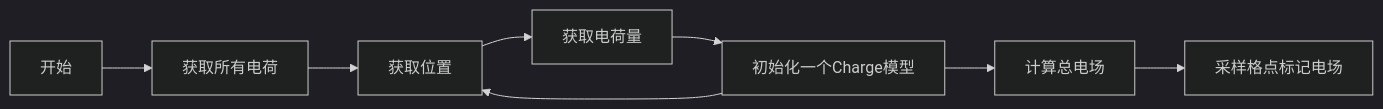
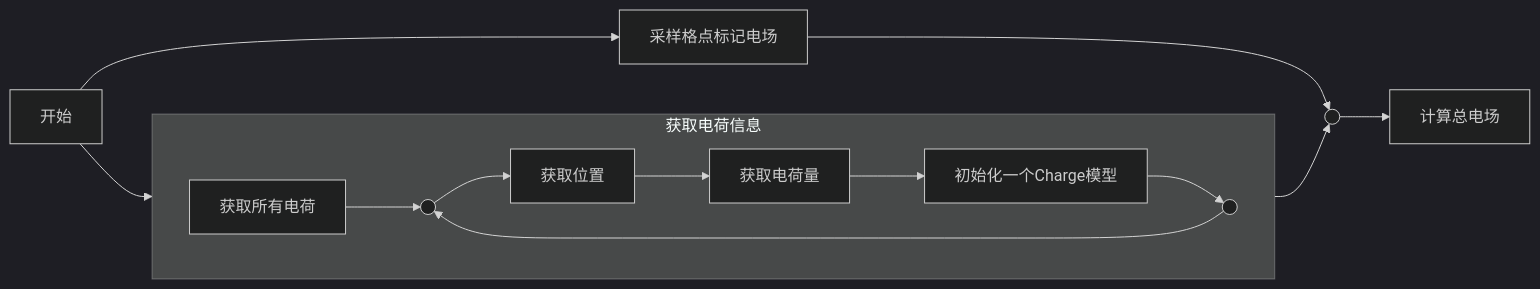
One commit to makabaka1880/Coulumb changed the diagram in slides.md. Above: the diagram before and after it, drawn with Mermaid (dark theme). The commit also changed other lines of this file and 1 other file, not shown here.

````diff
--- a/slides.md
+++ b/slides.md
@@ -247,14 +247,24 @@
 ```mermaid
 flowchart LR
 
   recur_start[获取所有电荷]
   recur_1[获取位置]
   recur_2[获取电荷量]
   recur_3[初始化一个Charge模型]
-  recur_3 --> recur_1
-  start --> recur_start --> recur_1 --> recur_2 --> recur_3
   start[开始]
   cal[计算总电场]
   mark[采样格点标记电场]
-  recur_3 --> cal --> mark
+  node_recur_start(( ))
+  node_recur_end(( ))
+  node_recur_cal(( ))
+  start --> get_charges
+  start --> mark
+  subgraph get_charges[获取电荷信息]
+    direction LR
+    recur_start --> node_recur_start --> recur_1 --> recur_2 --> recur_3 --> node_recur_end
+    node_recur_end --> node_recur_start
+  end
+  node_recur_end --> node_recur_cal
+  mark --> node_recur_cal
+  node_recur_cal --> cal
 ```
````
